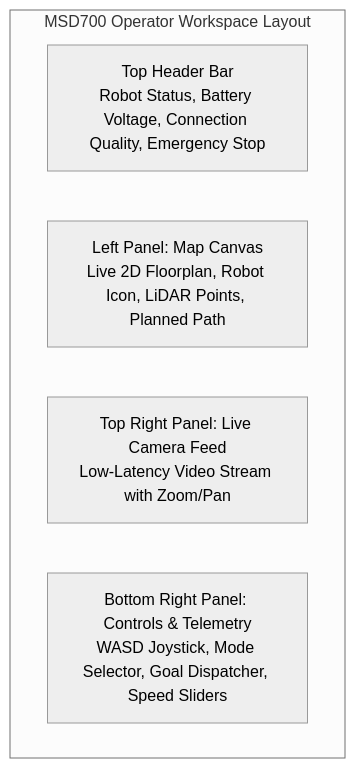
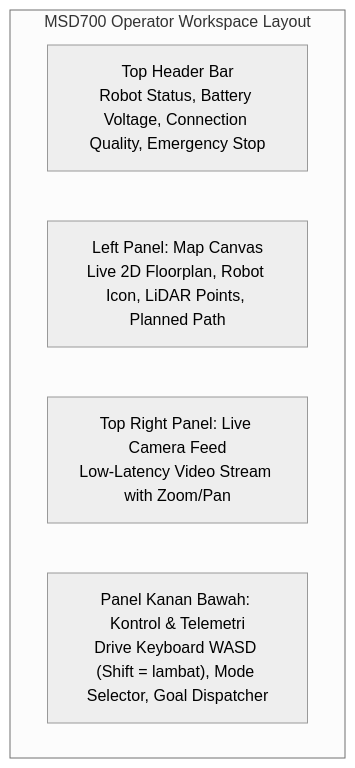
Before and after one commit to itbdelaboprogramming/msd700_documentation: the second of 4 diagrams in docs/id/user-guide/quick-start.md, drawn with Mermaid (neutral theme). The commit also changed other lines of this file and 32 other files, not shown here.

````diff
--- a/docs/id/user-guide/quick-start.md
+++ b/docs/id/user-guide/quick-start.md
@@ -53,9 +53,9 @@
 ```mermaid
 flowchart TD
   subgraph Workspace["MSD700 Operator Workspace Layout"]
     TOP["Top Header Bar<br/>Robot Status, Battery Voltage, Connection Quality, Emergency Stop"]
     LEFT["Left Panel: Map Canvas<br/>Live 2D Floorplan, Robot Icon, LiDAR Points, Planned Path"]
     RIGHT_TOP["Top Right Panel: Live Camera Feed<br/>Low-Latency Video Stream with Zoom/Pan"]
-    RIGHT_BOT["Bottom Right Panel: Controls & Telemetry<br/>WASD Joystick, Mode Selector, Goal Dispatcher, Speed Sliders"]
+    RIGHT_BOT["Panel Kanan Bawah: Kontrol & Telemetri<br/>Drive Keyboard WASD (Shift = lambat), Mode Selector, Goal Dispatcher"]
   end
 ```
````
